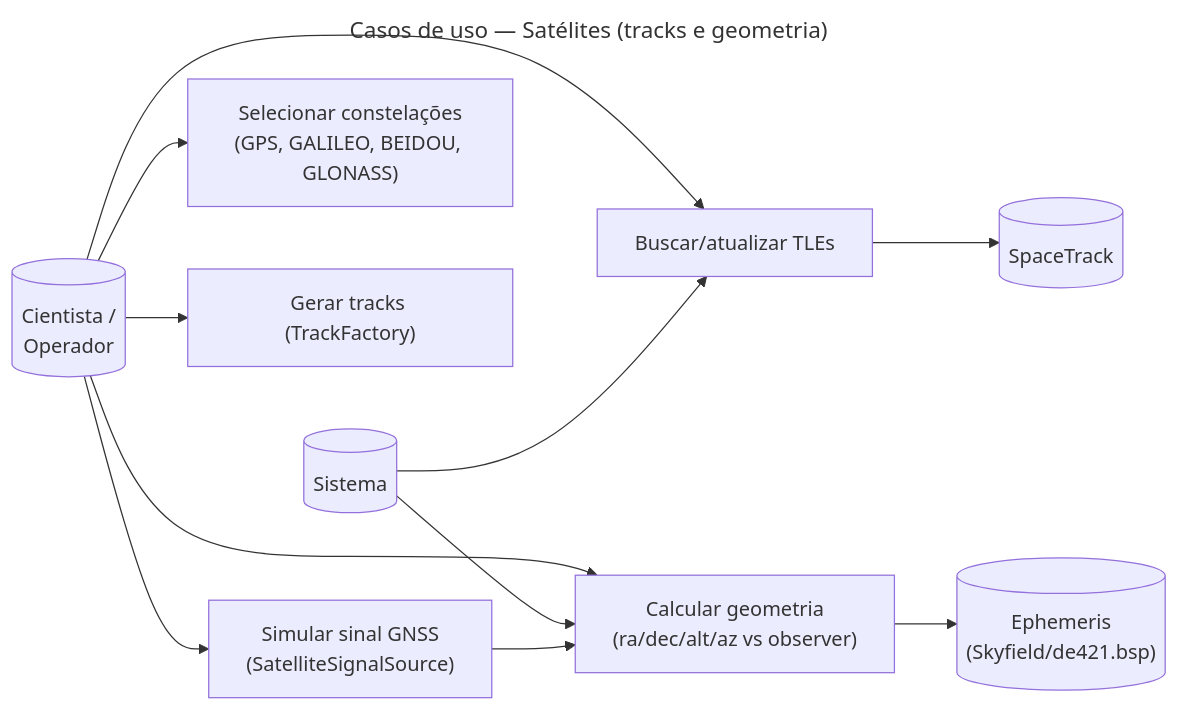
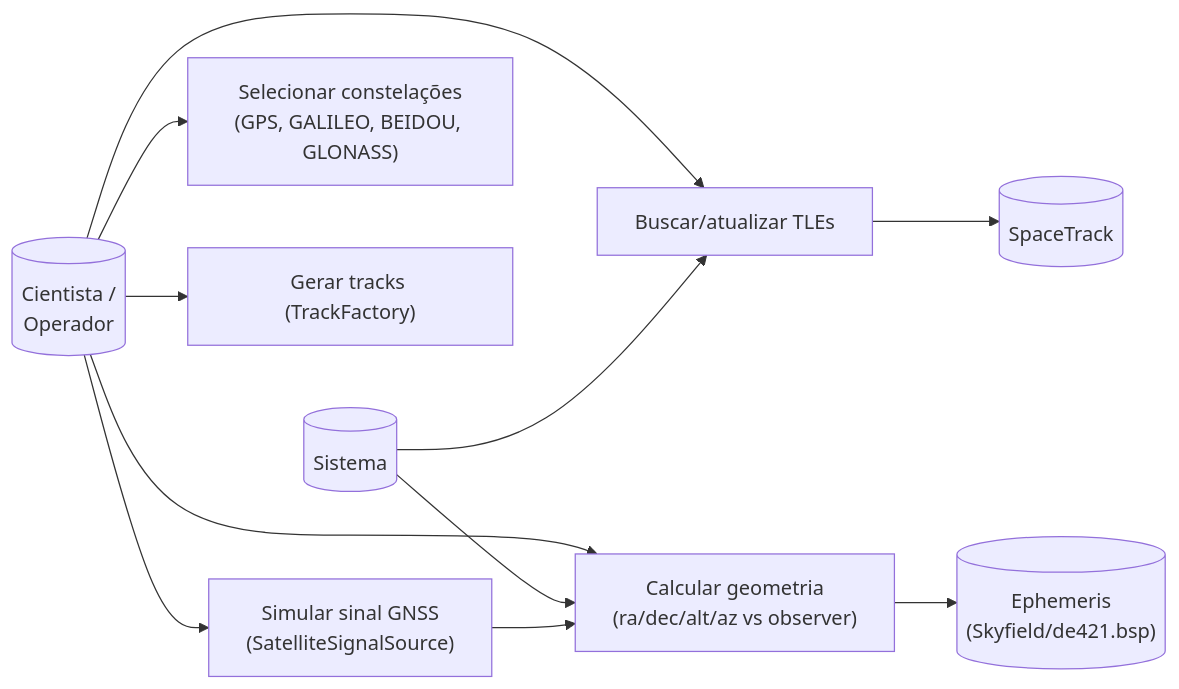
The diagram in docs/diagrams/usecase_satellite.mmd (barosil/RadioSkySimSuite), drawn with Mermaid before and after one commit. The commit also changed 15 other files, not shown here.

First line of the commit message:
docs(architecture): revisar e corrigir diagramas Mermaid

```diff
--- a/docs/diagrams/usecase_satellite.mmd
+++ b/docs/diagrams/usecase_satellite.mmd
@@ -1,22 +1,20 @@
----
-title: Casos de uso — Satélites (tracks e geometria)
----
+%% title: Casos de uso — Satélites (tracks e geometria)
 %% Pacote: radioskysims-sources (domain/satellite) + radioskysims-core (geometry) (2026-09-01)
 %% Use Case - Satellite
 flowchart LR
     A[("Cientista /\nOperador")]
     B[("Sistema")]
     ST[("SpaceTrack")]
     SKYFIELD[("Ephemeris\n(Skyfield/de421.bsp)")]
 
     A --> UC1["Selecionar constelações\n(GPS, GALILEO, BEIDOU, GLONASS)"]
     A --> UC2["Buscar/atualizar TLEs"]
     A --> UC3["Gerar tracks (TrackFactory)"]
     A --> UC4["Calcular geometria\n(ra/dec/alt/az vs observer)"]
     A --> UC5["Simular sinal GNSS\n(SatelliteSignalSource)"]
 
     B --> UC2
     B --> UC4
     UC2 --> ST
     UC4 --> SKYFIELD
     UC5 --> UC4
```
